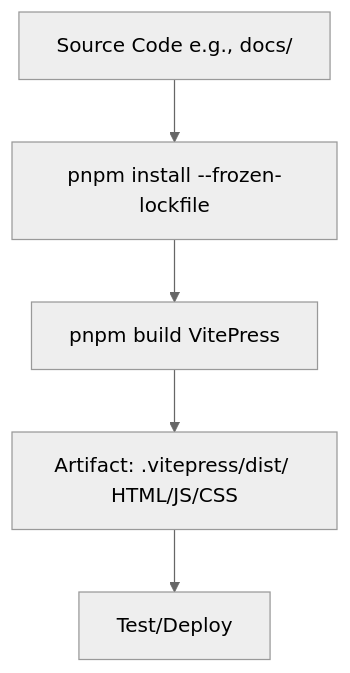
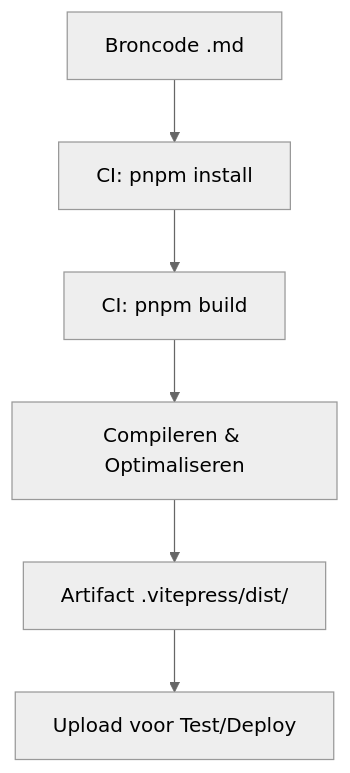
One commit to JonasCruzMartinez/devops-workshop-vitepress changed the diagram in docs/theory/build.md. Above: the diagram before and after it, drawn with Mermaid (neutral theme). The commit also changed other lines of this file and 25 other files, not shown here.

Commit message:
feat: Add initial DevOps workshop documentation including phases, theory, hands-on exercises, resources, and VitePress configuration with updated dependency lock files.

````diff
--- a/docs/theory/build.md
+++ b/docs/theory/build.md
@@ -16,7 +62,8 @@
 ```mermaid
 graph TD
-  A[Source Code e.g., docs/] --> B[pnpm install --frozen-lockfile]
-  B --> C[pnpm build VitePress]
-  C --> D[Artifact: .vitepress/dist/ HTML/JS/CSS]
-  D --> E[Test/Deploy]
+  A[Broncode .md] --> B[CI: pnpm install]
+  B --> C[CI: pnpm build]
+  C --> D[Compileren & Optimaliseren]
+  D --> E[Artifact .vitepress/dist/]
+  E --> F[Upload voor Test/Deploy]
 ```
````
